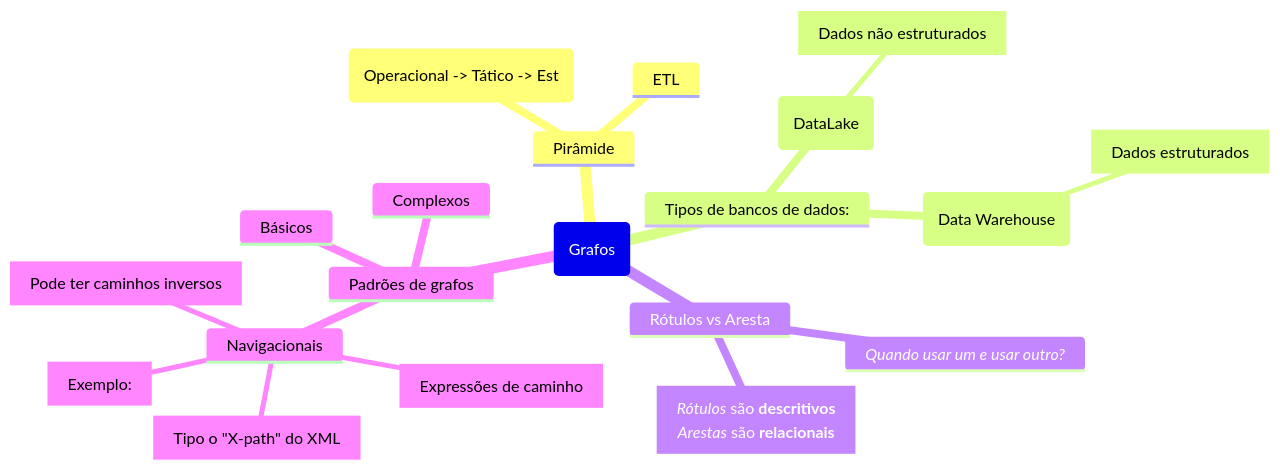
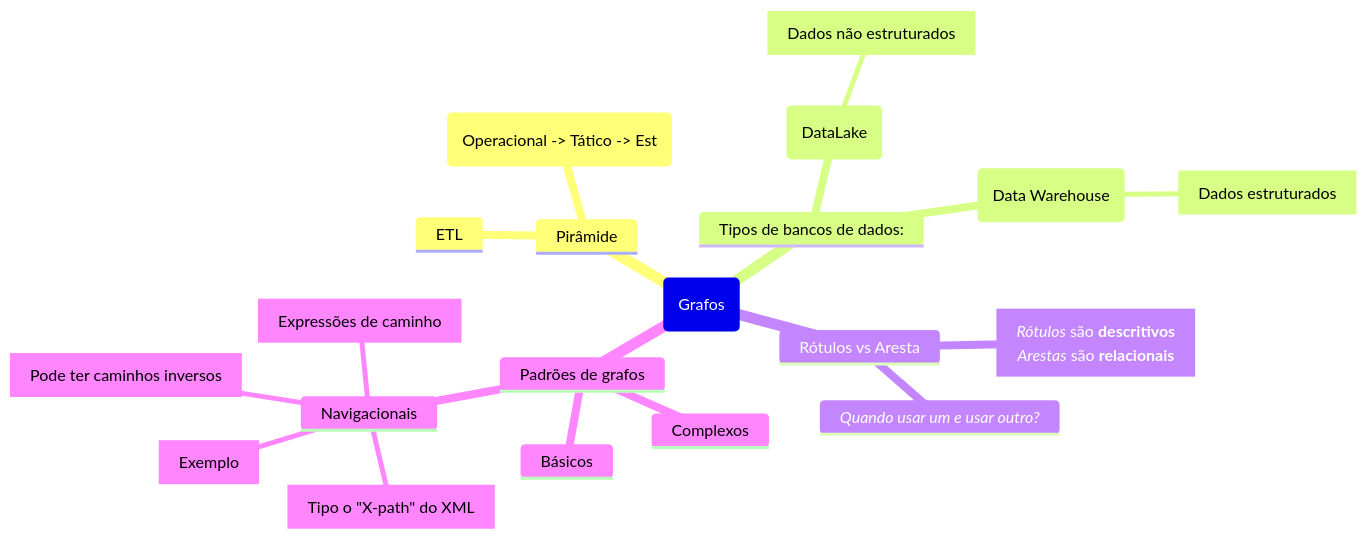
Before and after one commit to Igorino/joplin-notes: the diagram in Mestrado/Segundo Semestre/SIN5033 - Grafos de conhecimento e Ontologias/Anotações/De Aulas/Aula do dia 2026 04 08.md, drawn with Mermaid.

Commit message:
Exported on 2026-04-08_15-52-51

````diff
--- a/Mestrado/Segundo Semestre/SIN5033 - Grafos de conhecimento e Ontologias/Anotações/De Aulas/Aula do dia 2026 04 08.md
+++ b/Mestrado/Segundo Semestre/SIN5033 - Grafos de conhecimento e Ontologias/Anotações/De Aulas/Aula do dia 2026 04 08.md
@@ -1,30 +1,31 @@
 ```mermaid
 mindmap
 	Root(Grafos)
 		Pirâmide
 			("Operacional -> Tático -> Est")
 			ETL
 
 		Tipos de bancos de dados:		
 			(DataLake)
 				[Dados não estruturados]
 			(Data Warehouse)
 				[Dados estruturados]
 
 		Rótulos vs Aresta
 			*Quando usar um e usar outro?*
 			[*Rótulos* são **descritivos**
 			*Arestas* são **relacionais**]
 
 		Padrões de grafos
 			Básicos
 			Complexos
 			Navigacionais
 				[Tipo o "X-path" do XML]
 				["Expressões de caminho"]
 				[Pode ter caminhos inversos]
-				[Exemplo:]
+				[Exemplo]
+				::icon(fa fa-book)
 
 
 			
 ```
````
